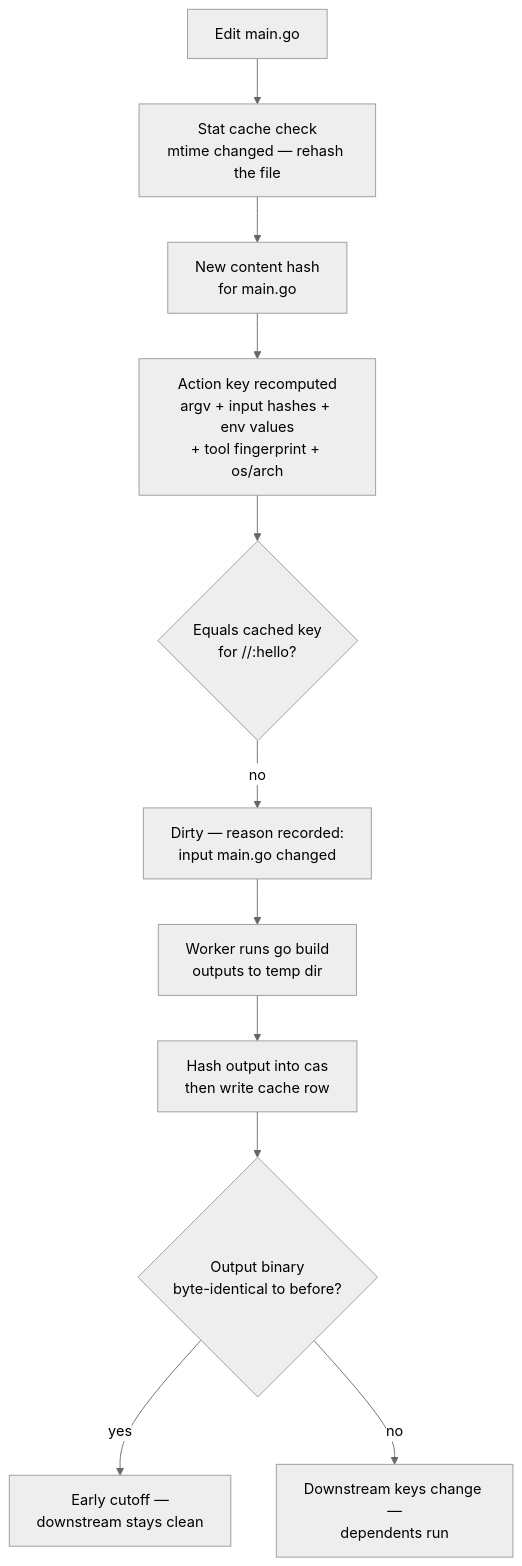
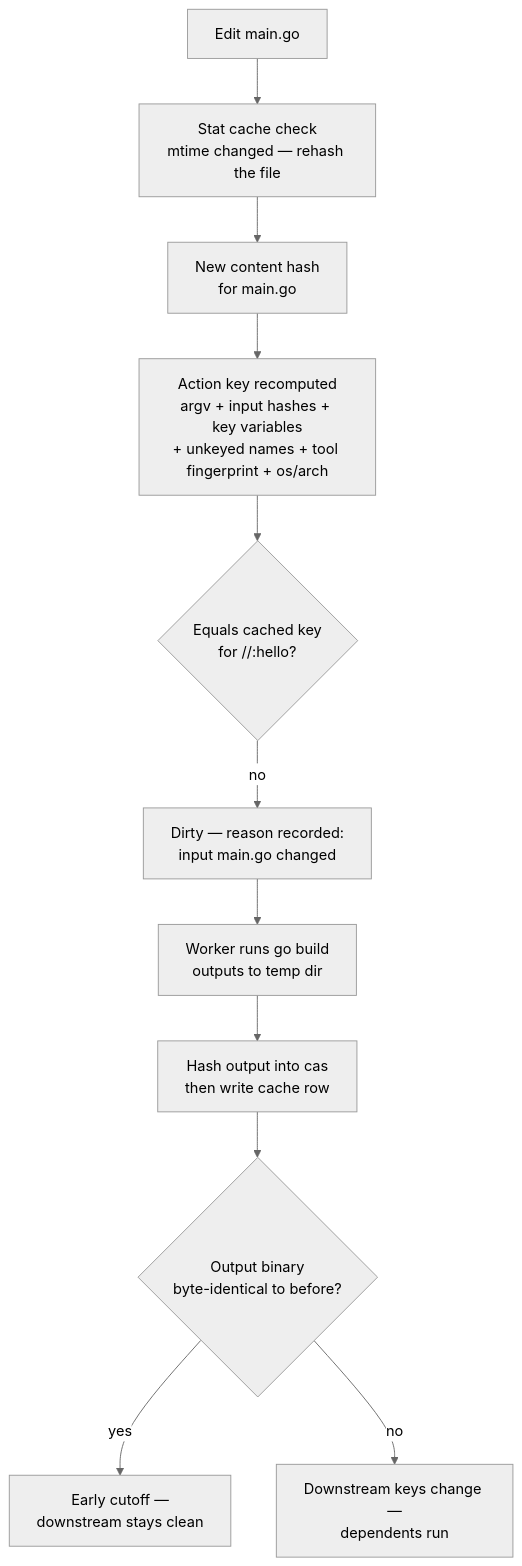
One commit to airsstack/buildl changed the second of 2 diagrams in book/src/ch05-01-action-key.md. Above: the diagram before and after it, drawn with Mermaid (neutral theme). The commit also changed other lines of this file and 7 other files, not shown here.

````diff
--- a/book/src/ch05-01-action-key.md
+++ b/book/src/ch05-01-action-key.md
@@ -210,14 +287,14 @@
 ```mermaid
 %% One edit traced through the rebuilder
 flowchart TD
     EDIT["Edit main.go"] --> STAT["Stat cache check<br/>mtime changed — rehash the file"]
     STAT --> H["New content hash<br/>for main.go"]
-    H --> KEY["Action key recomputed<br/>argv + input hashes + env values<br/>+ tool fingerprint + os/arch"]
+    H --> KEY["Action key recomputed<br/>argv + input hashes + key variables<br/>+ unkeyed names + tool fingerprint + os/arch"]
     KEY --> CMP{"Equals cached key<br/>for //:hello?"}
     CMP -->|no| DIRTY["Dirty — reason recorded:<br/>input main.go changed"]
     DIRTY --> EXEC["Worker runs go build<br/>outputs to temp dir"]
     EXEC --> CAS["Hash output into cas<br/>then write cache row"]
     CAS --> CUT{"Output binary<br/>byte-identical to before?"}
     CUT -->|yes| CLEAN["Early cutoff —<br/>downstream stays clean"]
     CUT -->|no| PROP["Downstream keys change —<br/>dependents run"]
 ```
````
